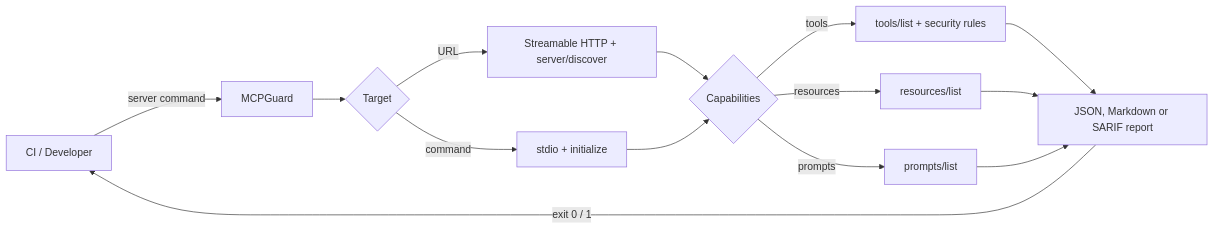
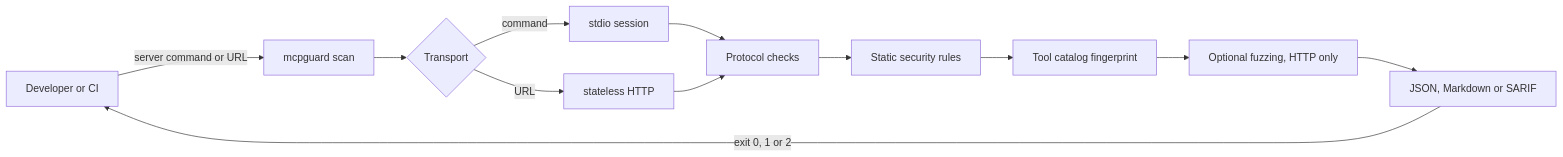
The diagram in README.md (PierfrancescoLijoi/MCPGuard), drawn with Mermaid before and after one commit. The commit also changed other lines of this file and 6 other files, not shown here.

First line of the commit message:
docs: results-first README with architecture, plus reproducible benchmarks

````diff
--- a/README.md
+++ b/README.md
@@ -31,16 +59,14 @@
 ```mermaid
 flowchart LR
-    A[CI / Developer] -->|server command| B[MCPGuard]
-    B --> C{Target}
-    C -->|command| D[stdio + initialize]
-    C -->|URL| J[Streamable HTTP + server/discover]
-    J --> E
-    D --> E{Capabilities}
-    E -->|tools| F[tools/list + security rules]
-    E -->|resources| G[resources/list]
-    E -->|prompts| H[prompts/list]
-    F --> I[JSON, Markdown or SARIF report]
-    G --> I
-    H --> I
-    I -->|exit 0 / 1| A
+    A[Developer or CI] -->|server command or URL| B[mcpguard scan]
+    B --> C{Transport}
+    C -->|command| D[stdio session]
+    C -->|URL| E[stateless HTTP]
+    D --> F[Protocol checks]
+    E --> F
+    F --> G[Static security rules]
+    G --> H[Tool catalog fingerprint]
+    H --> I[Optional fuzzing, HTTP only]
+    I --> J[JSON, Markdown or SARIF]
+    J -->|exit 0, 1 or 2| A
 ```
````
